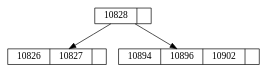
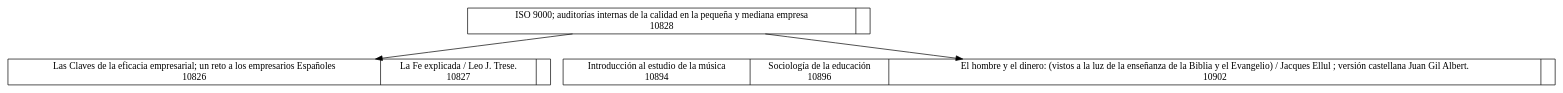
The diagram in TextFiles/Revista.dot (Guillermo-O-C/EDD_1S20200_PY2_201801366), drawn with Graphviz before and after one commit. The commit also changed 31 other files, not shown here.

```diff
--- a/TextFiles/Revista.dot
+++ b/TextFiles/Revista.dot
@@ -1,7 +1,7 @@
 digraph G {
  node [shape = record,height=.1];10828->10826;
 10828->10894;
-10828[label = "<f0>10828|"];
-10826[label = "<f0>10826|<f1>10827|"];
-10894[label = "<f0>10894|<f1>10896|<f2>10902|"];
+10828[label = "<f0>ISO 9000; auditorías internas de la calidad en la pequeña y mediana empresa\n10828|"];
+10826[label = "<f0>Las Claves de la eficacia empresarial; un reto a los empresarios Españoles\n10826|<f1>La Fe explicada / Leo J. Trese.\n10827|"];
+10894[label = "<f0>Introducción al estudio de la música\n10894|<f1>Sociología de la educación\n10896|<f2>El hombre y el dinero: (vistos a la luz de la enseñanza de la Biblia y el Evangelio) / Jacques Ellul ; versión castellana Juan Gil Albert.\n10902|"];
 }
```
